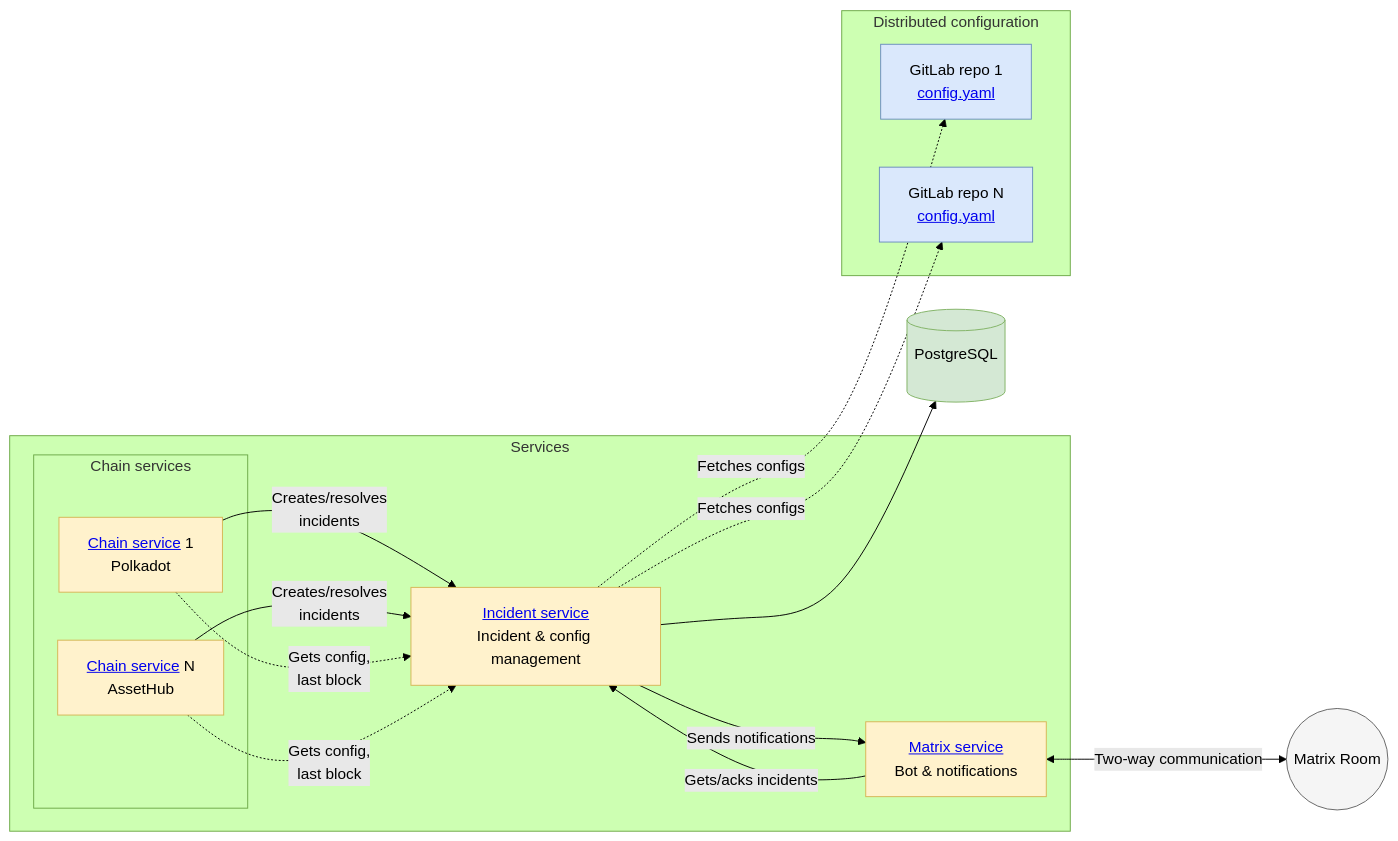
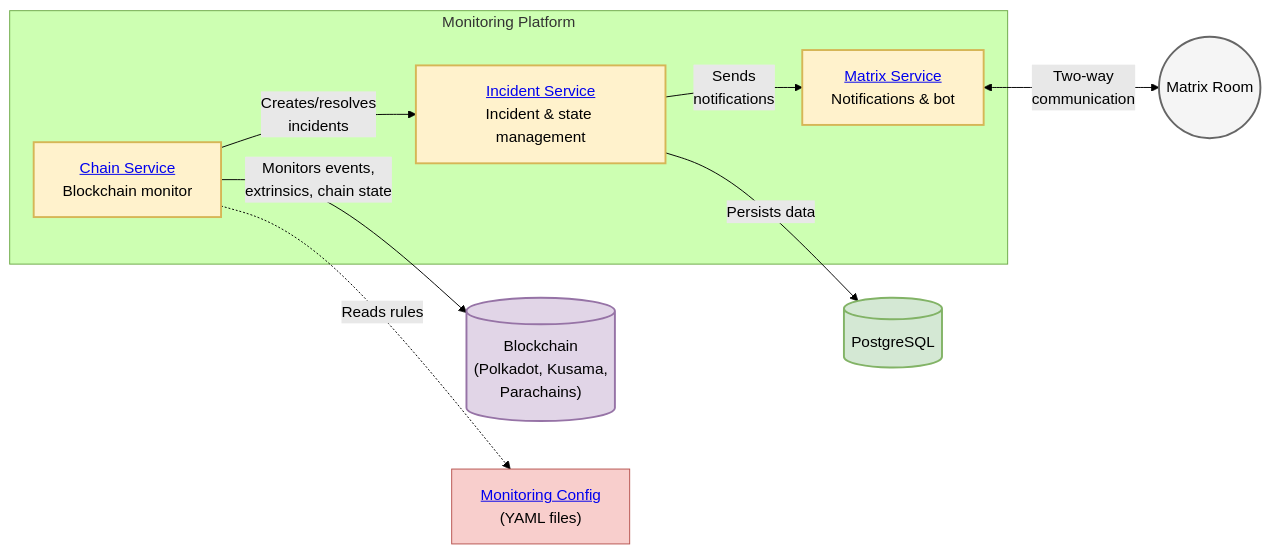
The second of 2 diagrams in README.md (w3f/polguard), drawn with Mermaid (forest theme) before and after one commit. The commit also changed other lines of this file and 3 other files, not shown here.

Commit message:
feat: update documentation for all services (#247)

````diff
--- a/README.md
+++ b/README.md
@@ -9,37 +82,30 @@
 ```mermaid
 graph LR
+    %% External Components
+    Blockchain[("Blockchain<br>(Polkadot, Kusama,<br>Parachains)")]:::blockchain
+    Postgres[(PostgreSQL)]:::database
+    MatrixRoom((Matrix Room)):::external
+    Config["<a href='packages/config/CONFIG_GUIDE.md' title='Configuration Guide'>Monitoring Config</a><br>(YAML files)"]:::config
+    
     %% Core Services
-    subgraph Services
-        subgraph "Chain services"
-            Chain1["<a href='https://github.com/w3f/monitoring-platform/blob/master/packages/chain/README.md' title='Chain Service Documentation'>Chain service</a> 1<br>Polkadot"]:::service
-            Chain2["<a href='https://github.com/w3f/monitoring-platform/blob/master/packages/chain/README.md' title='Chain Service Documentation'>Chain service</a> N<br>AssetHub"]:::service
-        end
-        Incident["<a href='https://github.com/w3f/monitoring-platform/blob/master/packages/incident/README.md' title='Incident Service Documentation'>Incident service</a><br>Incident & config management"]:::service
-        Matrix["<a href='https://github.com/w3f/monitoring-platform/blob/master/packages/matrix/README.md' title='Matrix Service Documentation'>Matrix service</a><br>Bot & notifications"]:::service
+    subgraph Services ["Monitoring Platform"]
+        Incident["<a href='packages/incident/README.md' title='Incident Service Documentation'>Incident Service</a><br>Incident & state management"]:::service
+        Matrix["<a href='packages/matrix/README.md' title='Matrix Service Documentation'>Matrix Service</a><br>Notifications & bot"]:::service
+        Chain["<a href='packages/chain/README.md' title='Chain Service Documentation'>Chain Service</a><br>Blockchain monitor"]:::service
     end
     
-    %% External Components
-    Postgres[(PostgreSQL<br><br>)]:::database
-    
-    subgraph "Distributed configuration"
-        GitLab1["GitLab repo 1<br><a href='https://github.com/w3f/monitoring-platform/blob/master/packages/config/CONFIG_GUIDE.md' title='Configuration Guide'>config.yaml</a>"]:::config
-        GitLab2["GitLab repo N<br><a href='https://github.com/w3f/monitoring-platform/blob/master/packages/config/CONFIG_GUIDE.md' title='Configuration Guide'>config.yaml</a>"]:::config
-    end
-    
-    Room((Matrix Room)):::external
-    
-    %% Connections with simplified labels
-    Chain1 & Chain2 -->|Creates/resolves<br>incidents| Incident
-    Chain1 & Chain2 -.->|Gets config,<br>last block| Incident
-    Incident -->|Sends notifications| Matrix
-    Matrix -->|Gets/acks incidents| Incident
-    Matrix <-->|Two-way communication| Room
-    Incident -.->|Fetches configs| GitLab1 & GitLab2
-    Incident --> Postgres
+    %% Connections
+    Chain -->|"Monitors events,<br>extrinsics, chain state"| Blockchain
+    Chain -.->|"Reads rules"| Config
+    Chain -->|"Creates/resolves<br>incidents"| Incident
+    Incident -->|"Sends<br>notifications"| Matrix
+    Matrix <-->|"Two-way<br>communication"| MatrixRoom
+    Incident -->|"Persists data"| Postgres
     
     %% Styling
-    classDef service fill:#FFF2CC,stroke:#D6B656,stroke-width:1px
-    classDef database fill:#D4E8D4,stroke:#82B366,stroke-width:1px
-    classDef config fill:#DAE8FC,stroke:#6C8EBF,stroke-width:1px
-    classDef external fill:#F5F5F5,stroke:#666666,stroke-width:1px
+    classDef service fill:#FFF2CC,stroke:#D6B656,stroke-width:2px
+    classDef blockchain fill:#E1D5E7,stroke:#9673A6,stroke-width:2px
+    classDef database fill:#D4E8D4,stroke:#82B366,stroke-width:2px
+    classDef external fill:#F5F5F5,stroke:#666666,stroke-width:2px
+    classDef config fill:#F8CECC,stroke:#B85450,stroke-width:1px
 ```
````
